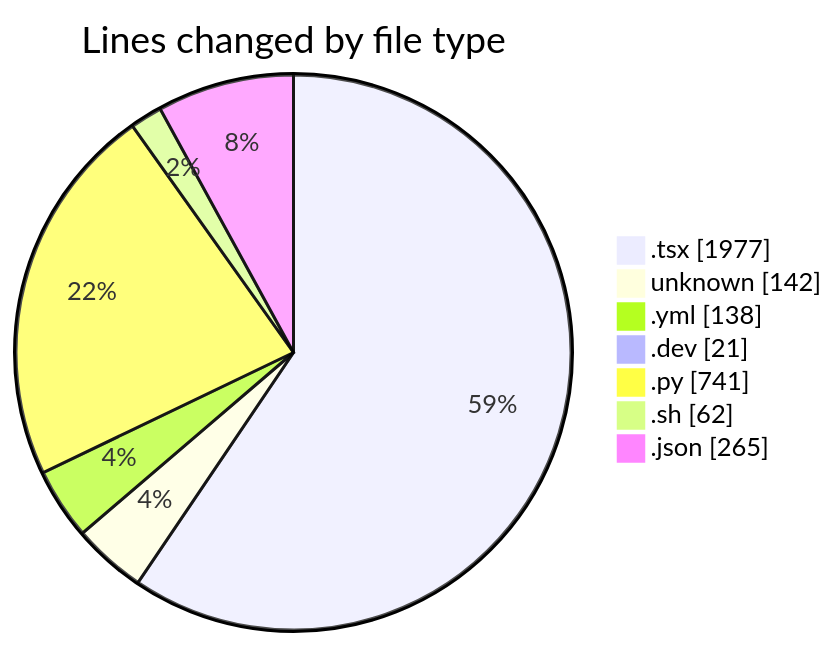
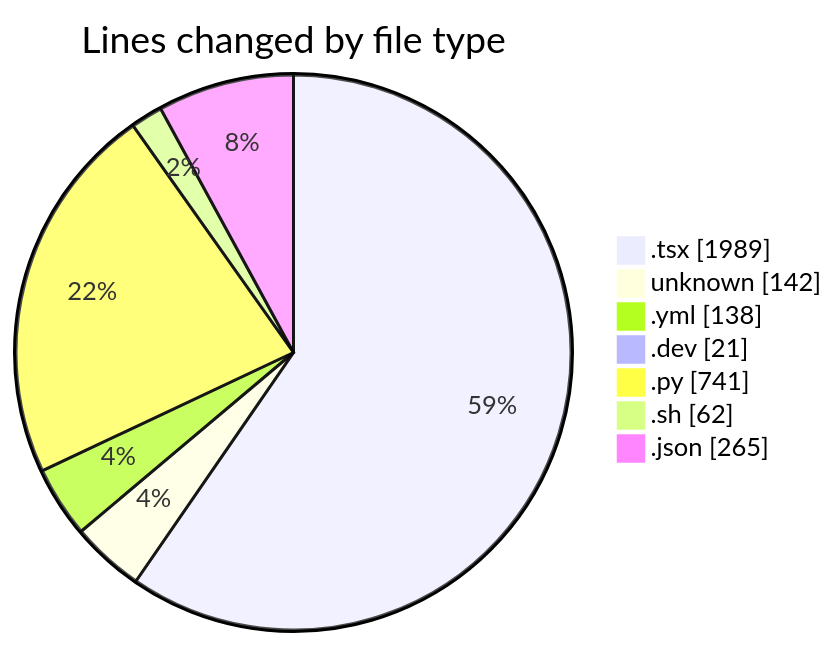
One commit to Elitesun/code-tracking changed the first of 2 diagrams in 2025-05-18/niten/README.md. Above: the diagram before and after it, drawn with Mermaid. The commit also changed other lines of this file and 1 other file, not shown here.

````diff
--- a/2025-05-18/niten/README.md
+++ b/2025-05-18/niten/README.md
@@ -43,11 +43,11 @@
 ```mermaid
 pie showData
 title Lines changed by file type
-".tsx" : 1977
+".tsx" : 1989
 "unknown" : 142
 ".yml" : 138
 ".dev" : 21
 ".py" : 741
 ".sh" : 62
 ".json" : 265
 ```
````
